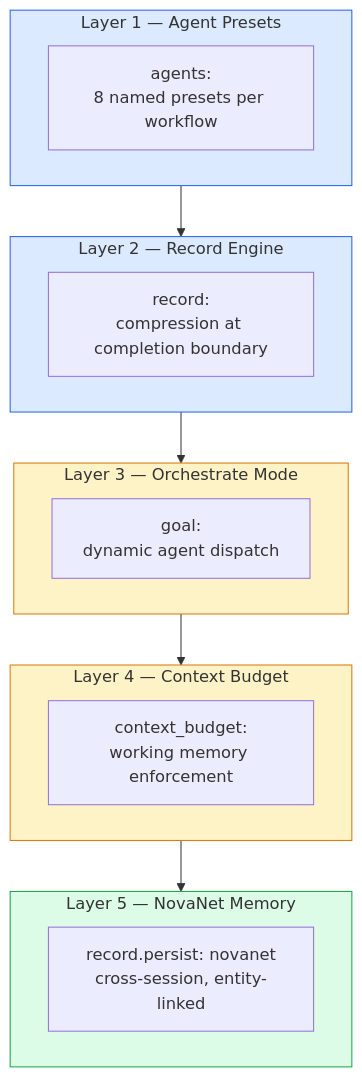
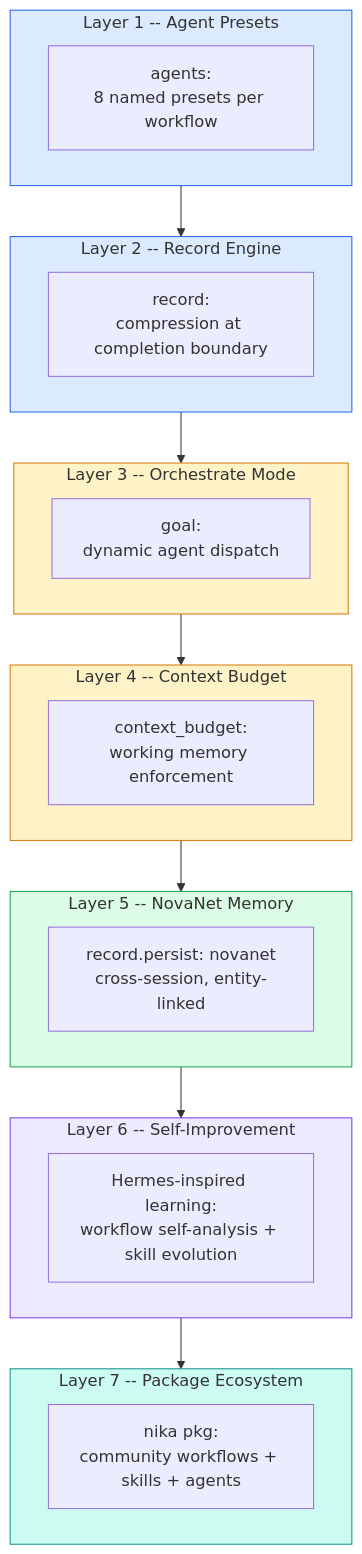
Before and after one commit to supernovae-st/nika: diagram 11 of 15 in docs/vision/03-competitive-and-inspiration.md, drawn with Mermaid. The commit also changed other lines of this file and 5 other files, not shown here.

````diff
--- a/docs/vision/03-competitive-and-inspiration.md
+++ b/docs/vision/03-competitive-and-inspiration.md
@@ -549,33 +748,45 @@
 ```mermaid
 flowchart TB
-    subgraph L1["Layer 1 — Agent Presets"]
+    subgraph L1["Layer 1 -- Agent Presets"]
         MS["agents:\n8 named presets per workflow"]
     end
 
-    subgraph L2["Layer 2 — Record Engine"]
+    subgraph L2["Layer 2 -- Record Engine"]
         EE["record:\ncompression at completion boundary"]
     end
 
-    subgraph L3["Layer 3 — Orchestrate Mode"]
+    subgraph L3["Layer 3 -- Orchestrate Mode"]
         SO["goal:\ndynamic agent dispatch"]
     end
 
-    subgraph L4["Layer 4 — Context Budget"]
+    subgraph L4["Layer 4 -- Context Budget"]
         CB["context_budget:\nworking memory enforcement"]
     end
 
-    subgraph L5["Layer 5 — NovaNet Memory"]
+    subgraph L5["Layer 5 -- NovaNet Memory"]
         NM["record.persist: novanet\ncross-session, entity-linked"]
+    end
+
+    subgraph L6["Layer 6 -- Self-Improvement"]
+        SI["Hermes-inspired learning:\nworkflow self-analysis + skill evolution"]
+    end
+
+    subgraph L7["Layer 7 -- Package Ecosystem"]
+        PK["nika pkg:\ncommunity workflows + skills + agents"]
     end
 
     L1 --> L2
     L2 --> L3
     L3 --> L4
     L4 --> L5
+    L5 --> L6
+    L6 --> L7
 
     style L1 fill:#dbeafe,stroke:#2563eb
     style L2 fill:#dbeafe,stroke:#2563eb
     style L3 fill:#fef3c7,stroke:#d97706
     style L4 fill:#fef3c7,stroke:#d97706
     style L5 fill:#dcfce7,stroke:#16a34a
+    style L6 fill:#ede9fe,stroke:#7c3aed
+    style L7 fill:#ccfbf1,stroke:#0d9488
 ```
````
